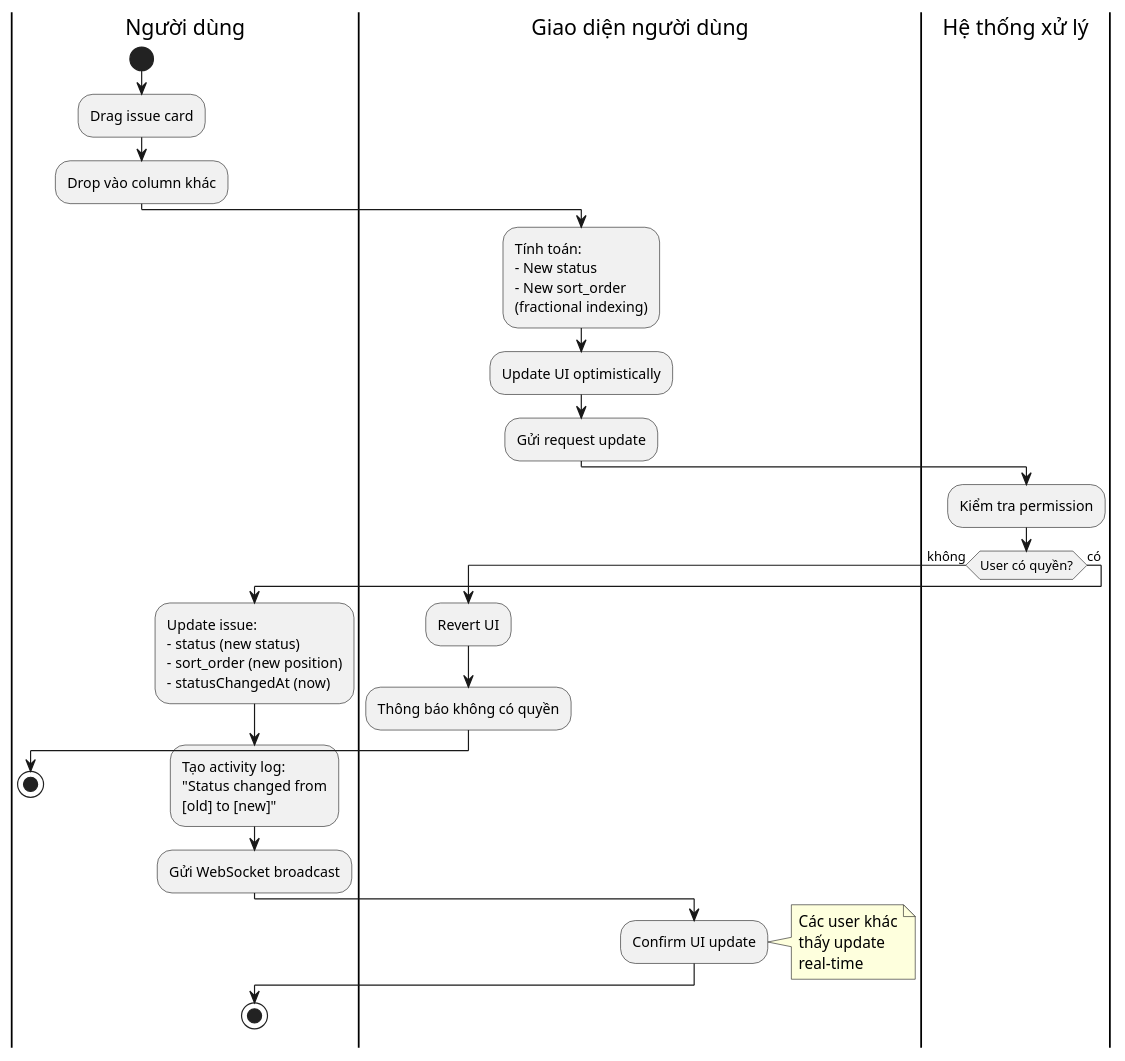
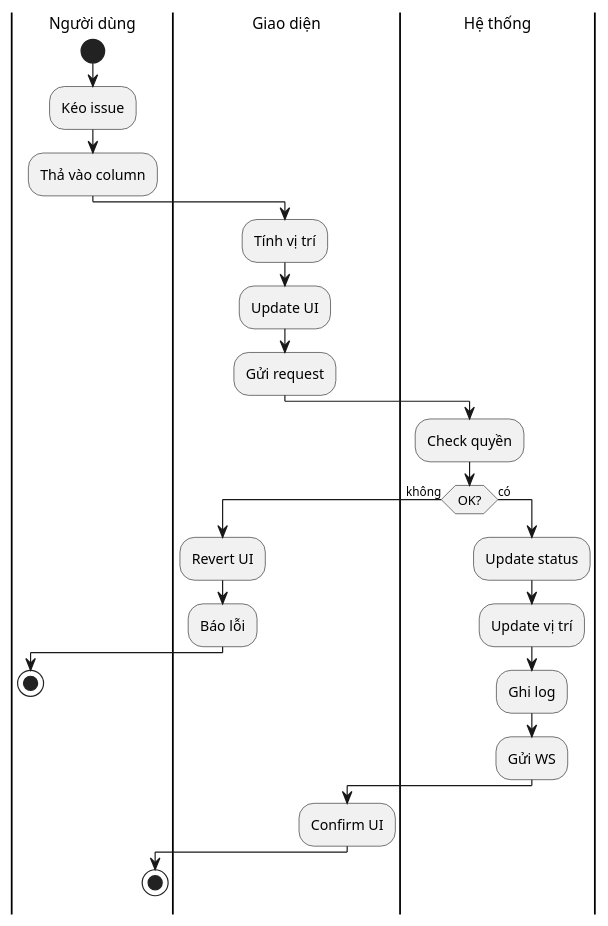
The diagram in reports/dat-examples/report/images/act_drag_drop_issue.puml (toantran292/datn), drawn with PlantUML before and after one commit. The commit also changed 51 other files, not shown here.

```diff
--- a/reports/dat-examples/report/images/act_drag_drop_issue.puml
+++ b/reports/dat-examples/report/images/act_drag_drop_issue.puml
@@ -1,40 +1,38 @@
 @startuml act_drag_drop_issue
+skinparam defaultFontSize 13
+skinparam activityFontSize 12
+skinparam activityDiamondFontSize 11
+skinparam activityArrowFontSize 10
+skinparam partitionFontSize 13
+
 |Người dùng|
 start
-:Drag issue card;
-:Drop vào column khác;
-|Giao diện người dùng|
-:Tính toán:
-- New status
-- New sort_order
-(fractional indexing);
-:Update UI optimistically;
-:Gửi request update;
-|Hệ thống xử lý|
-:Kiểm tra permission;
-if (User có quyền?) then (không)
-  |Giao diện người dùng|
+:Kéo issue;
+:Thả vào column;
+
+|Giao diện|
+:Tính vị trí;
+:Update UI;
+:Gửi request;
+
+|Hệ thống|
+:Check quyền;
+
+if (OK?) then (không)
+  |Giao diện|
   :Revert UI;
-  :Thông báo không có quyền;
+  :Báo lỗi;
   |Người dùng|
   stop
 else (có)
-  :Update issue:
-  - status (new status)
-  - sort_order (new position)
-  - statusChangedAt (now);
-  :Tạo activity log:
-  "Status changed from
-  [old] to [new]";
-  :Gửi WebSocket broadcast;
-  |Giao diện người dùng|
-  :Confirm UI update;
-  note right
-    Các user khác
-    thấy update
-    real-time
-  end note
+  |Hệ thống|
+  :Update status;
+  :Update vị trí;
+  :Ghi log;
+  :Gửi WS;
+  |Giao diện|
+  :Confirm UI;
   |Người dùng|
   stop
 endif
 @enduml
```
